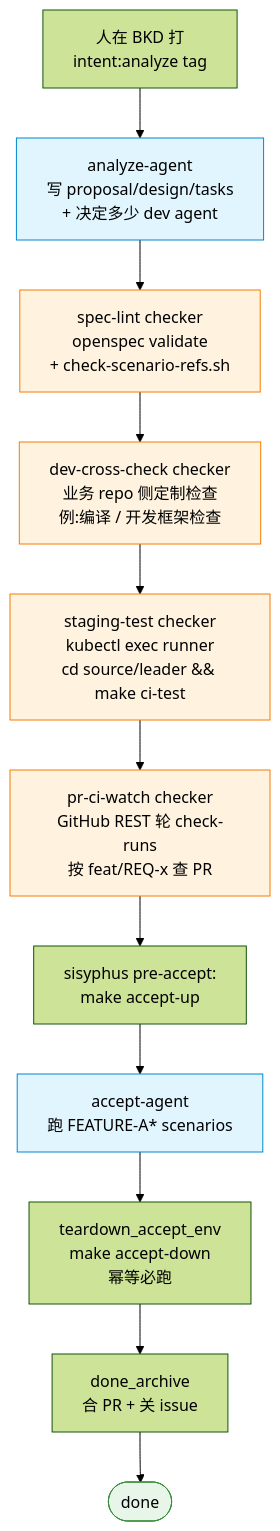
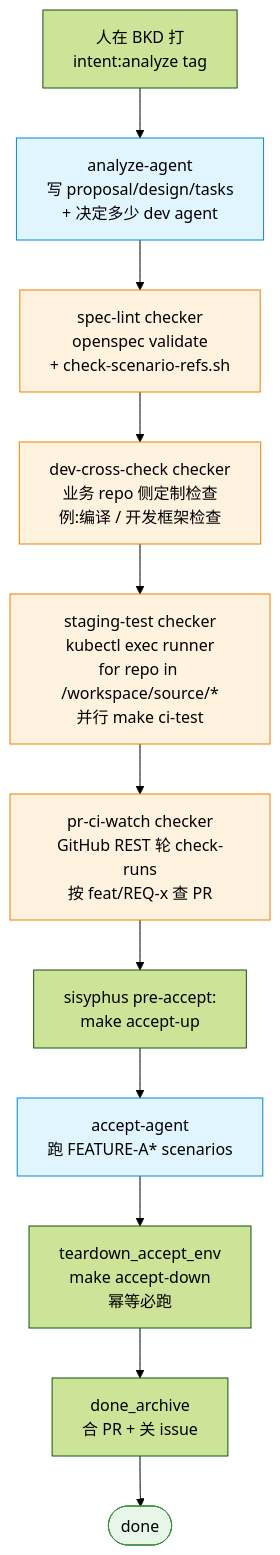
The first of 4 diagrams in docs/architecture.md (phona/sisyphus), drawn with Mermaid (forest theme) before and after one commit. The commit also changed other lines of this file and 12 other files, not shown here.

````diff
--- a/docs/architecture.md
+++ b/docs/architecture.md
@@ -43,24 +43,24 @@
 ```mermaid
 flowchart TD
     Human[人在 BKD 打<br/>intent:analyze tag]
     Analyze[analyze-agent<br/>写 proposal/design/tasks<br/>+ 决定多少 dev agent]
     SpecLint[spec-lint checker<br/>openspec validate<br/>+ check-scenario-refs.sh]
     DevCheck[dev-cross-check checker<br/>业务 repo 侧定制检查<br/>例:编译 / 开发框架检查]
-    Staging[staging-test checker<br/>kubectl exec runner<br/>cd source/leader && make ci-test]
+    Staging[staging-test checker<br/>kubectl exec runner<br/>for repo in /workspace/source/*<br/>并行 make ci-test]
     PRCI[pr-ci-watch checker<br/>GitHub REST 轮 check-runs<br/>按 feat/REQ-x 查 PR]
     EnvUp[sisyphus pre-accept:<br/>make accept-up]
     Accept[accept-agent<br/>跑 FEATURE-A* scenarios]
     Teardown[teardown_accept_env<br/>make accept-down<br/>幂等必跑]
     Archive[done_archive<br/>合 PR + 关 issue]
     Done([done])
 
     Human --> Analyze --> SpecLint --> DevCheck --> Staging --> PRCI --> EnvUp --> Accept --> Teardown --> Archive --> Done
 
     classDef agent fill:#e1f5ff,stroke:#0288d1
     classDef checker fill:#fff3e0,stroke:#f57c00
     classDef terminal fill:#e8f5e9,stroke:#388e3c
 
     class Analyze,Accept agent
     class SpecLint,DevCheck,Staging,PRCI checker
     class Done terminal
 ```
````
